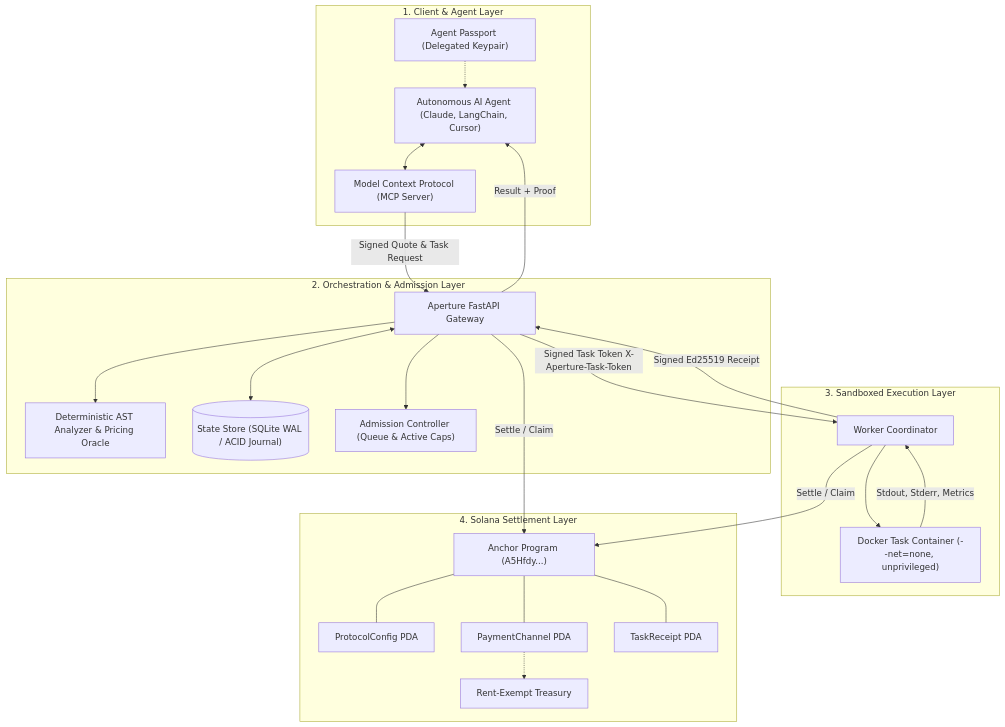
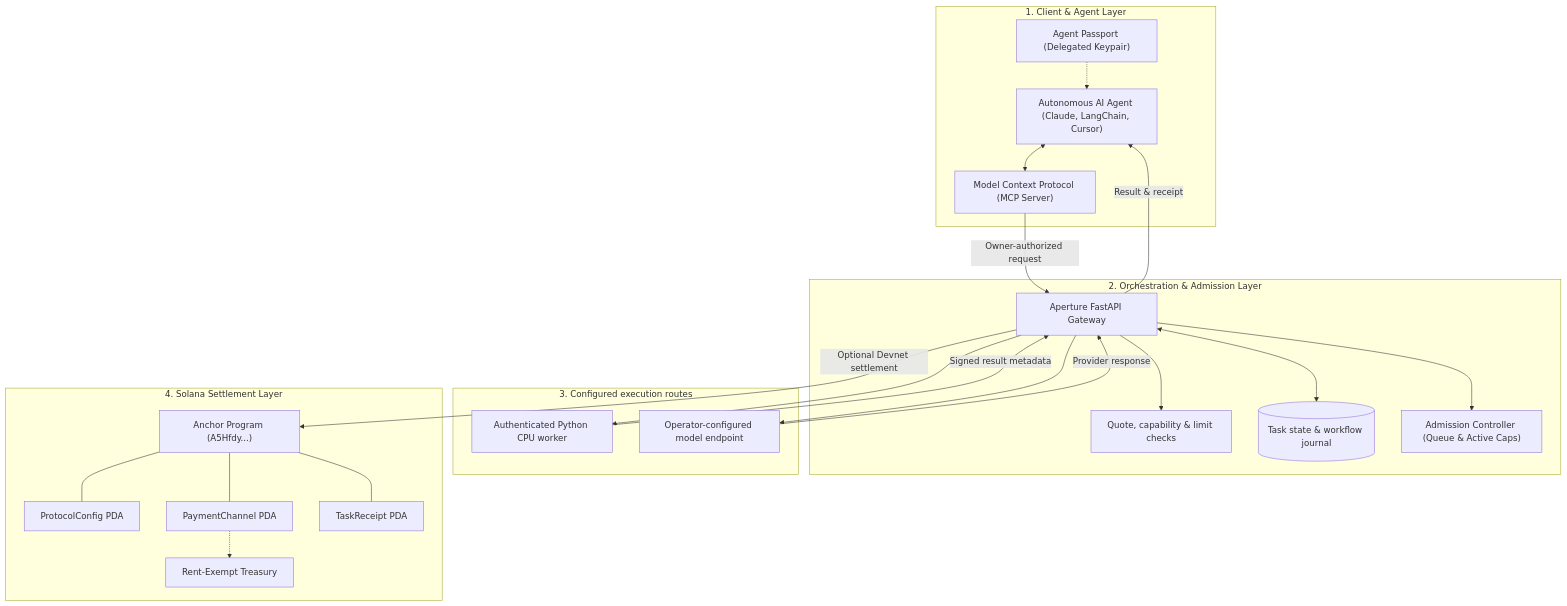
The first of 2 diagrams in docs/WHITEPAPER.md (AliNurym/aperture-ai-gateway), drawn with Mermaid before and after one commit. The commit also changed other lines of this file and 101 other files, not shown here.

````diff
--- a/docs/WHITEPAPER.md
+++ b/docs/WHITEPAPER.md
@@ -59,45 +53,45 @@
 ```mermaid
 graph TD
     subgraph ClientLayer ["1. Client & Agent Layer"]
         Agent["Autonomous AI Agent (Claude, LangChain, Cursor)"]
         Passport["Agent Passport (Delegated Keypair)"]
         MCP["Model Context Protocol (MCP Server)"]
     end
 
     subgraph GatewayLayer ["2. Orchestration & Admission Layer"]
         GW["Aperture FastAPI Gateway"]
-        AST["Deterministic AST Analyzer & Pricing Oracle"]
-        Store[("State Store (SQLite WAL / ACID Journal)")]
+        Policy["Quote, capability & limit checks"]
+        Store[("Task state & workflow journal")]
         Limiter["Admission Controller (Queue & Active Caps)"]
     end
 
-    subgraph ExecutionLayer ["3. Sandboxed Execution Layer"]
-        Coordinator["Worker Coordinator"]
-        Docker["Docker Task Container (--net=none, unprivileged)"]
+    subgraph ExecutionLayer ["3. Configured execution routes"]
+        CPU["Authenticated Python CPU worker"]
+        Model["Operator-configured model endpoint"]
     end
 
     subgraph BlockchainLayer ["4. Solana Settlement Layer"]
         AnchorProg["Anchor Program (A5Hfdy...)"]
         ConfigAccount["ProtocolConfig PDA"]
         PaymentPDA["PaymentChannel PDA"]
         ReceiptPDA["TaskReceipt PDA"]
         Treasury["Rent-Exempt Treasury"]
     end
 
     Agent <--> MCP
     Passport -.-> Agent
-    MCP -->|Signed Quote & Task Request| GW
-    GW --> AST
+    MCP -->|Owner-authorized request| GW
+    GW --> Policy
     GW --> Limiter
     GW <--> Store
-    GW -->|Signed Task Token X-Aperture-Task-Token| Coordinator
-    Coordinator --> Docker
-    Docker -->|Stdout, Stderr, Metrics| Coordinator
-    Coordinator -->|Signed Ed25519 Receipt| GW
-    GW -->|Result + Proof| Agent
-    GW & Coordinator -->|Settle / Claim| AnchorProg
+    GW --> CPU
+    GW --> Model
+    CPU -->|Signed result metadata| GW
+    Model -->|Provider response| GW
+    GW -->|Result & receipt| Agent
+    GW -->|Optional Devnet settlement| AnchorProg
     AnchorProg --- ConfigAccount
     AnchorProg --- PaymentPDA
     AnchorProg --- ReceiptPDA
     PaymentPDA -.-> Treasury
 ```
````
